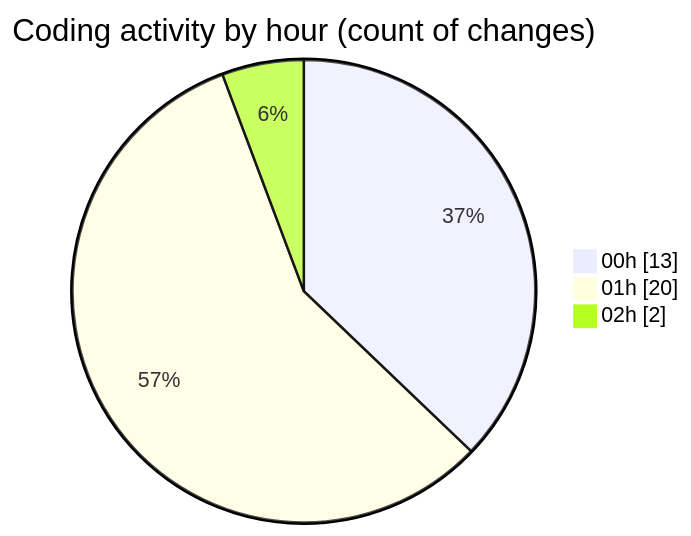
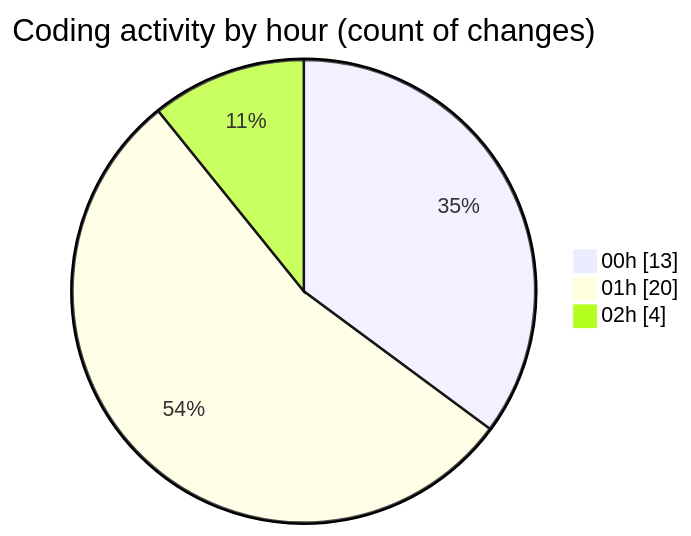
One commit to lephambinh05/code-tracking changed the second of 2 diagrams in 2025-09-09/hiai-phf/README.md. Above: the diagram before and after it, drawn with Mermaid. The commit also changed other lines of this file and 1 other file, not shown here.

````diff
--- a/2025-09-09/hiai-phf/README.md
+++ b/2025-09-09/hiai-phf/README.md
@@ -46,7 +46,7 @@
 ```mermaid
 pie showData
 title Coding activity by hour (count of changes)
 "00h" : 13
 "01h" : 20
-"02h" : 2
+"02h" : 4
 ```
````
